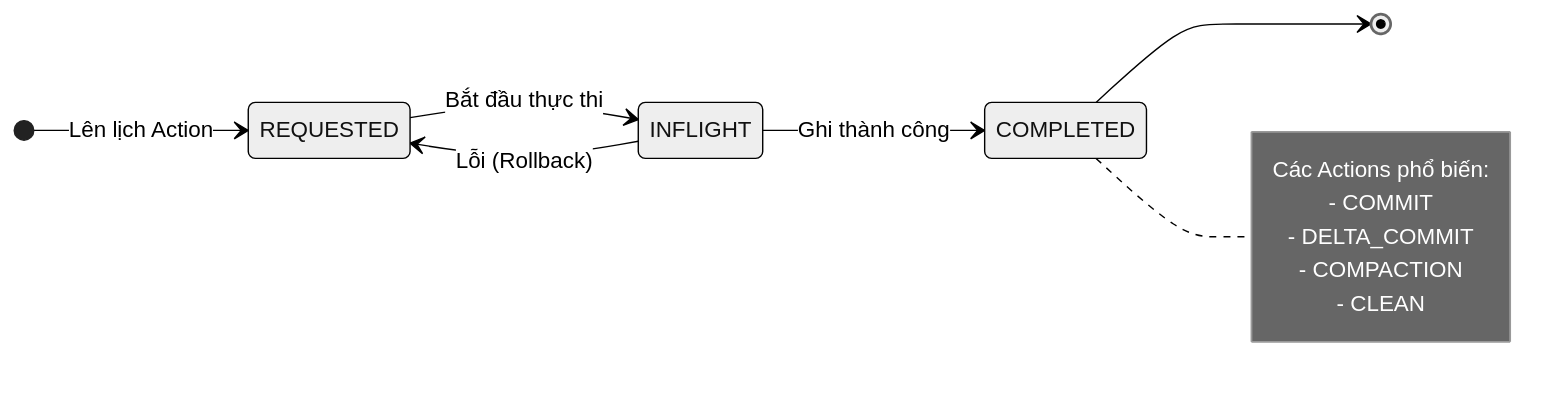
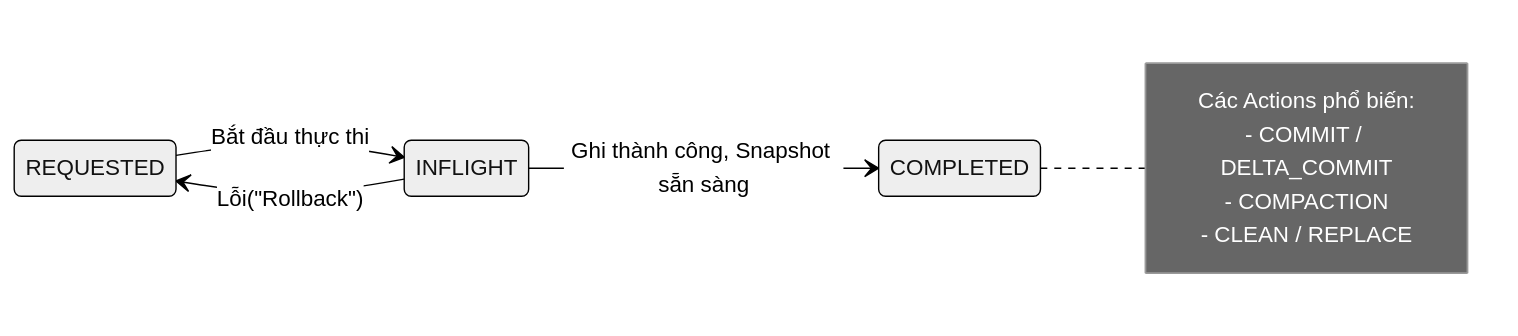
One commit to kythuatdulieu/kythuatdulieu.github.io changed the first of 2 diagrams in src/content/docs/concepts/3-storage-engines-formats/apache-hudi.md. Above: the diagram before and after it, drawn with Mermaid (neutral theme). The commit also changed other lines of this file and 302 other files, not shown here.

````diff
--- a/src/content/docs/concepts/3-storage-engines-formats/apache-hudi.md
+++ b/src/content/docs/concepts/3-storage-engines-formats/apache-hudi.md
@@ -32,17 +26,14 @@
 ```mermaid
 stateDiagram-v2
-    direction LR
-    [*] --> REQUESTED: Lên lịch Action
+    direction LR["*"] --> REQUESTED: Lên lịch Action
     REQUESTED --> INFLIGHT: Bắt đầu thực thi
-    INFLIGHT --> COMPLETED: Ghi thành công
-    INFLIGHT --> REQUESTED: Lỗi (Rollback)
-    COMPLETED --> [*]
+    INFLIGHT --> COMPLETED: Ghi thành công, Snapshot sẵn sàng
+    INFLIGHT --> REQUESTED: Lỗi("Rollback")
     
     note right of COMPLETED
       Các Actions phổ biến:
-      - COMMIT
-      - DELTA_COMMIT
+      - COMMIT / DELTA_COMMIT
       - COMPACTION
-      - CLEAN
+      - CLEAN / REPLACE
     end note
 ```
````
